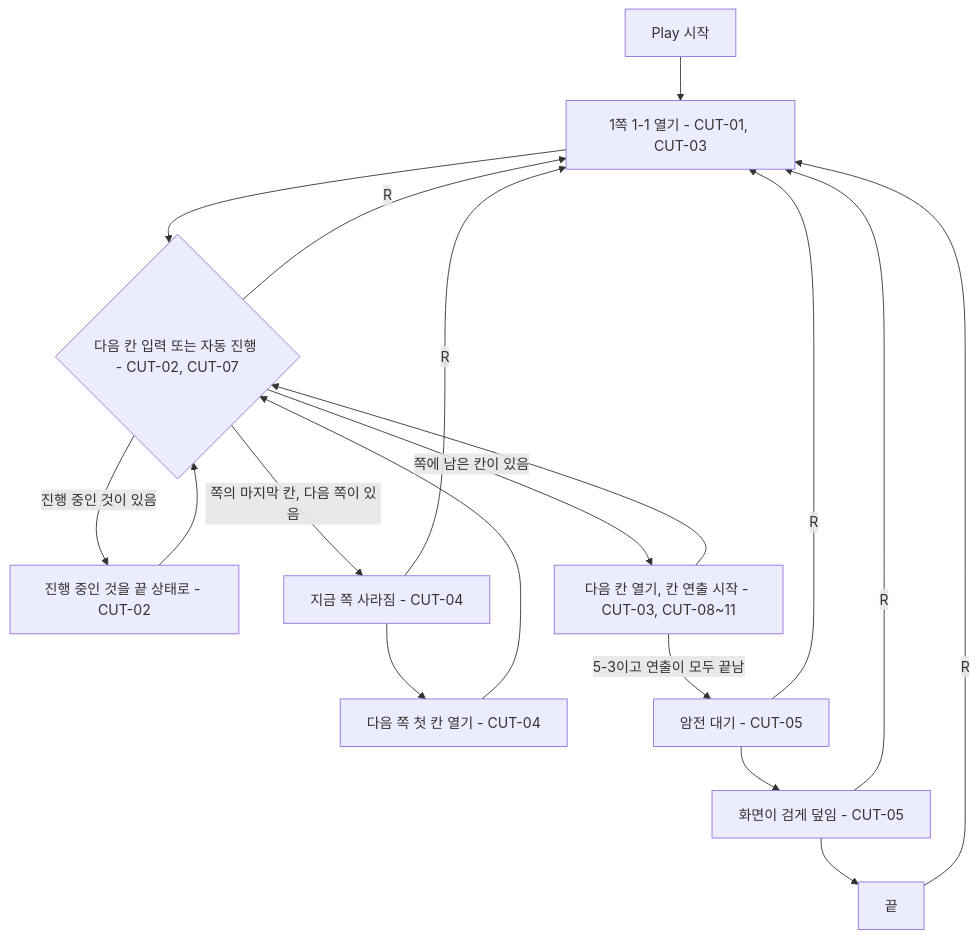
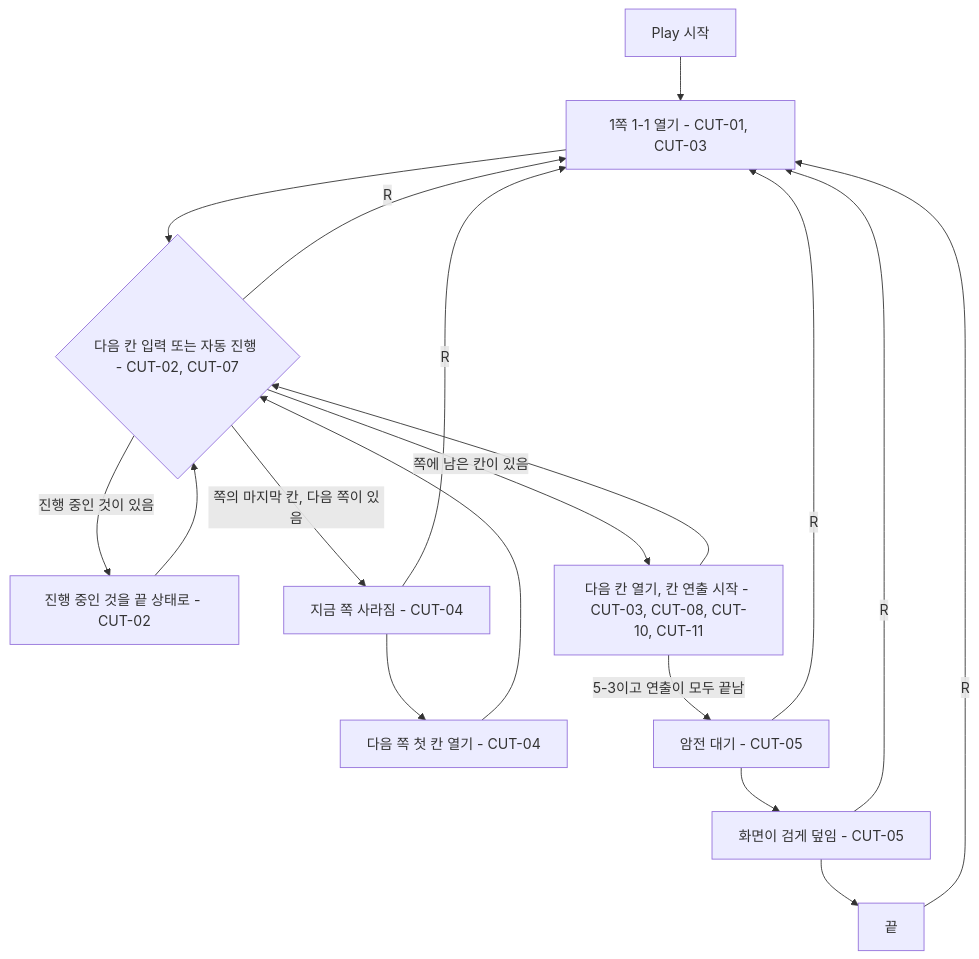
One commit to xpaklove12-lang/Corner1 changed the diagram in docs/specs/intro-cuttoon.md. Above: the diagram before and after it, drawn with Mermaid. The commit also changed other lines of this file and 39 other files, not shown here.

````diff
--- a/docs/specs/intro-cuttoon.md
+++ b/docs/specs/intro-cuttoon.md
@@ -82,20 +96,20 @@
 ```mermaid
 flowchart TD
     A[Play 시작] --> B[1쪽 1-1 열기 - CUT-01, CUT-03]
     B --> C{다음 칸 입력 또는 자동 진행 - CUT-02, CUT-07}
     C -->|진행 중인 것이 있음| D[진행 중인 것을 끝 상태로 - CUT-02]
     D --> C
-    C -->|쪽에 남은 칸이 있음| E[다음 칸 열기, 칸 연출 시작 - CUT-03, CUT-08~11]
+    C -->|쪽에 남은 칸이 있음| E[다음 칸 열기, 칸 연출 시작 - CUT-03, CUT-08, CUT-10, CUT-11]
     E --> C
     C -->|쪽의 마지막 칸, 다음 쪽이 있음| F[지금 쪽 사라짐 - CUT-04]
     F --> G[다음 쪽 첫 칸 열기 - CUT-04]
     G --> C
     E -->|5-3이고 연출이 모두 끝남| H[암전 대기 - CUT-05]
     H --> I[화면이 검게 덮임 - CUT-05]
     I --> J[끝]
     J -->|R| B
     C -->|R| B
     F -->|R| B
     H -->|R| B
     I -->|R| B
 ```
````
